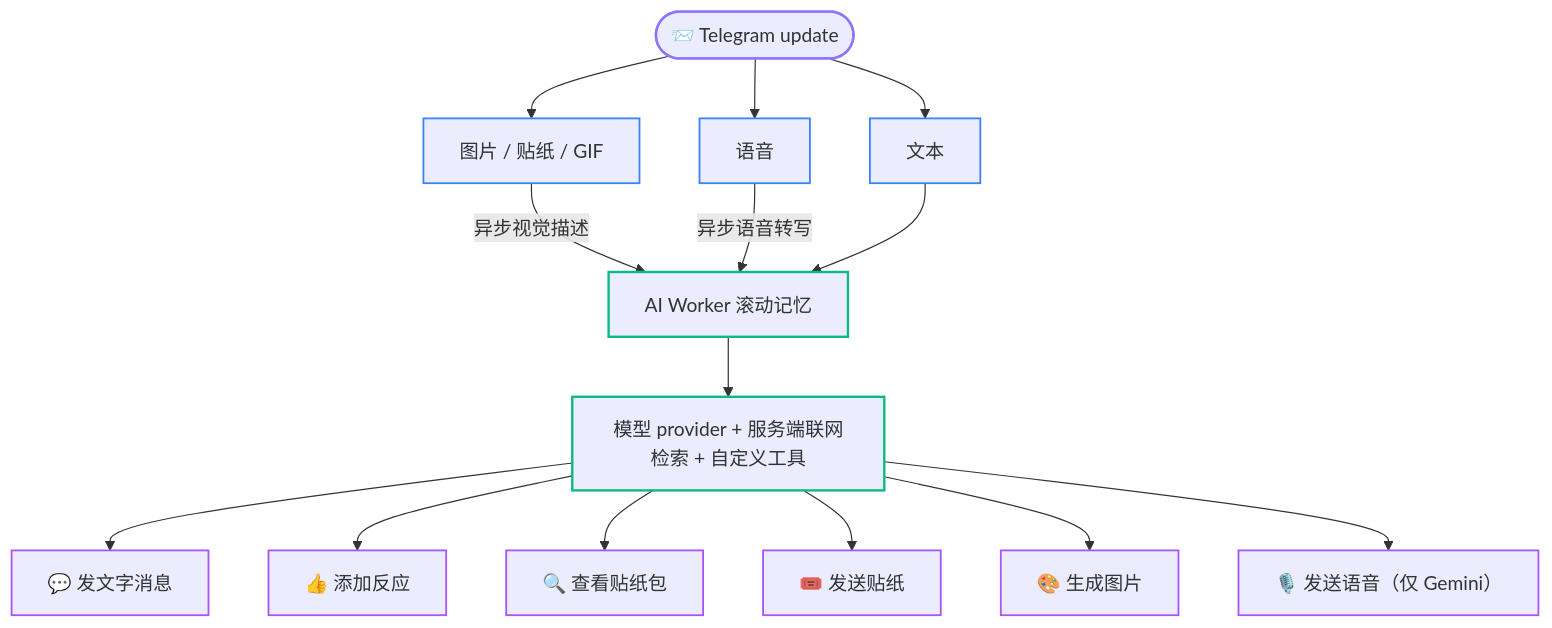
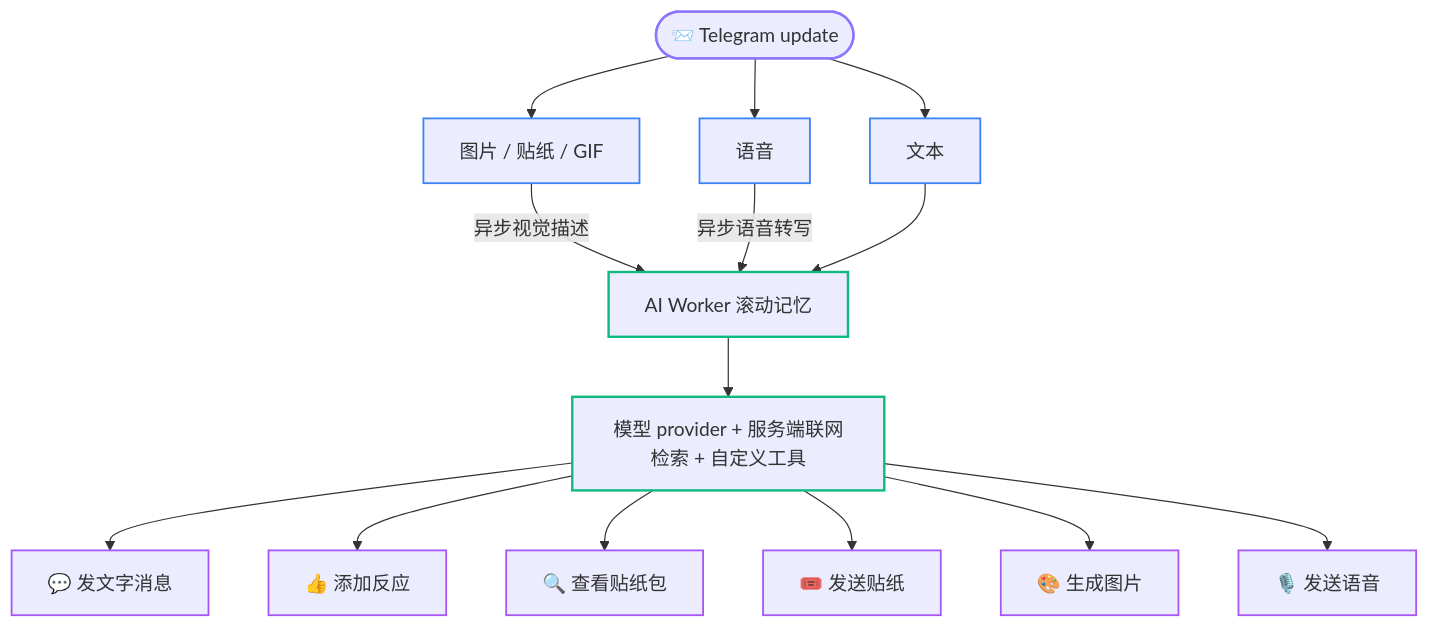
The second of 2 diagrams in docs/cn/02-architecture.md (Asashishi/copy_ninjia), drawn with Mermaid before and after one commit. The commit also changed other lines of this file and 600 other files, not shown here.

````diff
--- a/docs/cn/02-architecture.md
+++ b/docs/cn/02-architecture.md
@@ -64,22 +64,22 @@
 ```mermaid
 flowchart TD
     classDef input stroke:#8e75ff,stroke-width:2px;
     classDef process stroke:#3b82f6,stroke-width:1.5px;
     classDef ai stroke:#10b981,stroke-width:2px;
     classDef action stroke:#a855f7,stroke-width:1.5px;
 
     U(["📨 Telegram update"]):::input --> TXT["文本"]:::process
     U --> MED["图片 / 贴纸 / GIF"]:::process
     U --> VOC["语音"]:::process
     MED -- 异步视觉描述 --> MEM["AI Worker 滚动记忆"]:::ai
     VOC -- 异步语音转写 --> MEM
     TXT --> MEM
     MEM --> G["模型 provider + 服务端联网检索 + 自定义工具"]:::ai
 
     G --> A1["💬 发文字消息"]:::action
     G --> A2["👍 添加反应"]:::action
     G --> A3["🔍 查看贴纸包"]:::action
     G --> A4["🎟️ 发送贴纸"]:::action
     G --> A5["🎨 生成图片"]:::action
-    G --> A6["🎙️ 发送语音（仅 Gemini）"]:::action
+    G --> A6["🎙️ 发送语音"]:::action
 ```
````
